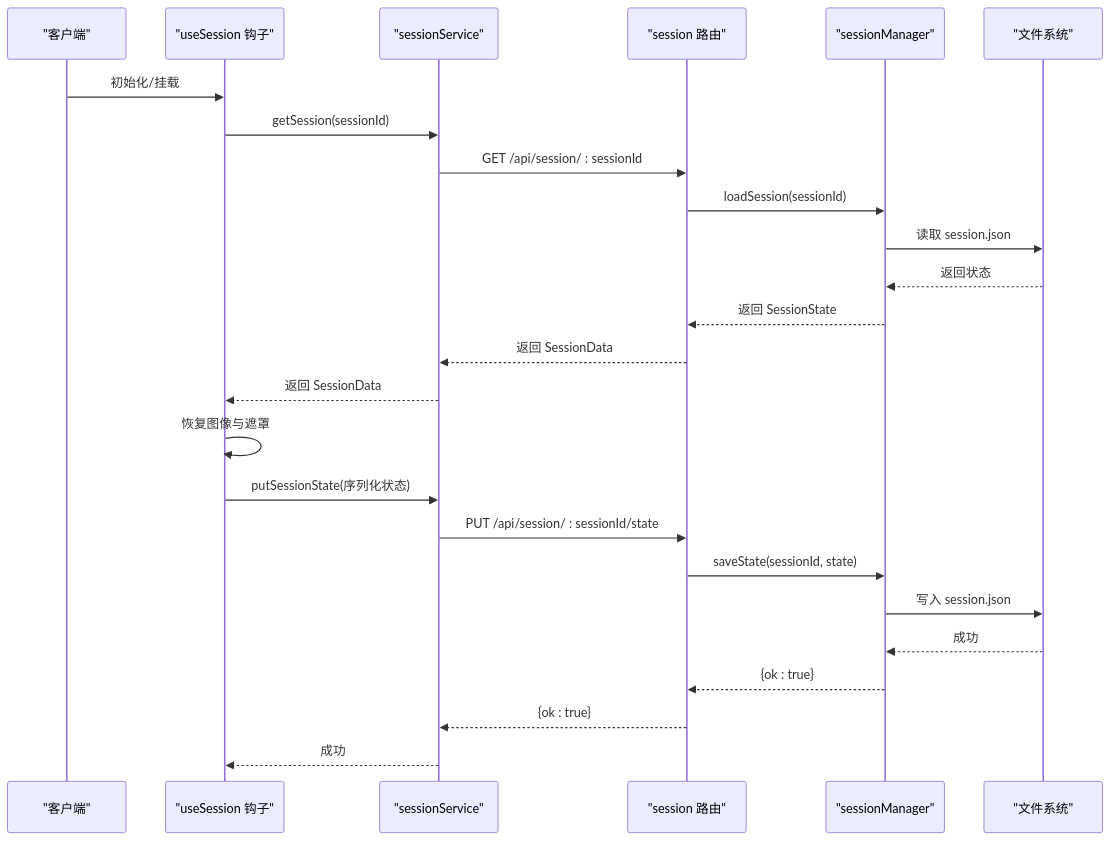
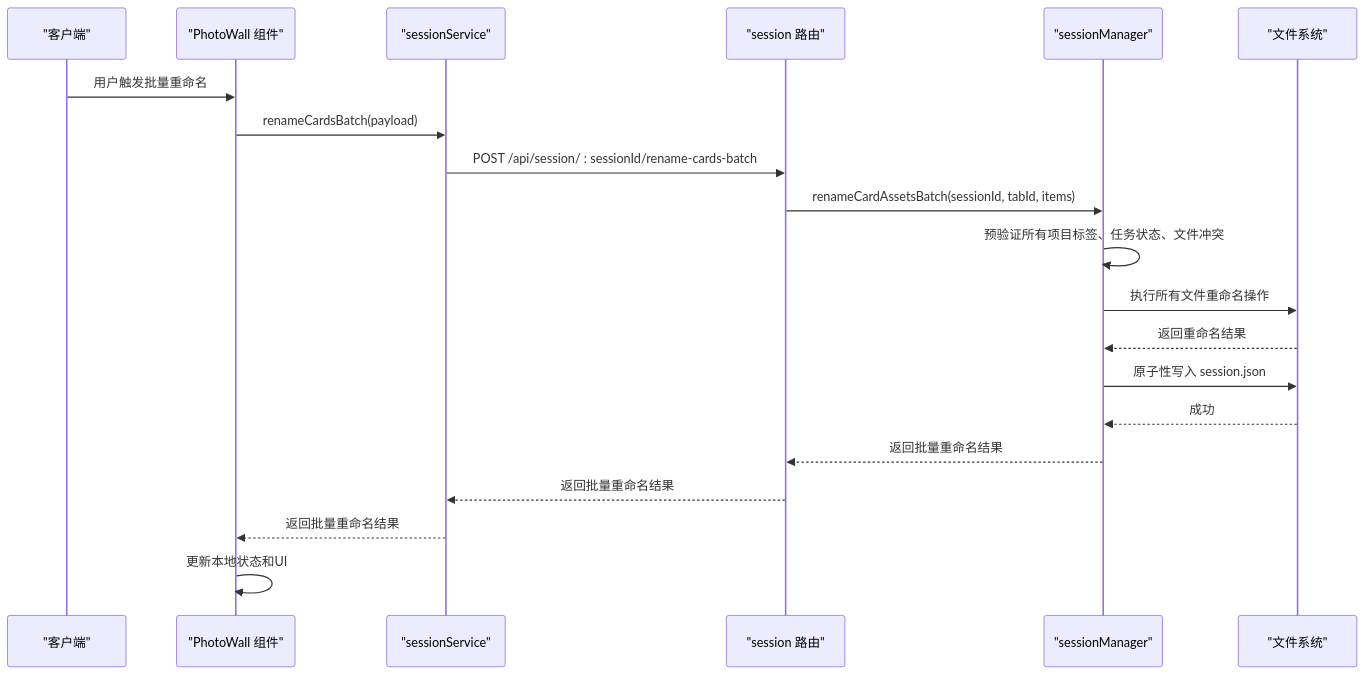
One commit to billye220670/CorineKit_Pix2Real changed the second of 5 diagrams in .qoder/repowiki/zh/content/后端服务/会话管理服务.md. Above: the diagram before and after it, drawn with Mermaid. The commit also changed other lines of this file and 11 other files, not shown here.

````diff
--- a/.qoder/repowiki/zh/content/后端服务/会话管理服务.md
+++ b/.qoder/repowiki/zh/content/后端服务/会话管理服务.md
@@ -91,27 +104,22 @@
 ```mermaid
 sequenceDiagram
 participant C as "客户端"
-participant US as "useSession 钩子"
+participant PW as "PhotoWall 组件"
 participant SS as "sessionService"
 participant SR as "session 路由"
 participant SM as "sessionManager"
 participant FS as "文件系统"
-C->>US : 初始化/挂载
-US->>SS : getSession(sessionId)
-SS->>SR : GET /api/session/ : sessionId
-SR->>SM : loadSession(sessionId)
-SM->>FS : 读取 session.json
-FS-->>SM : 返回状态
-SM-->>SR : 返回 SessionState
-SR-->>SS : 返回 SessionData
-SS-->>US : 返回 SessionData
-US->>US : 恢复图像与遮罩
-US->>SS : putSessionState(序列化状态)
-SS->>SR : PUT /api/session/ : sessionId/state
-SR->>SM : saveState(sessionId, state)
-SM->>FS : 写入 session.json
+C->>PW : 用户触发批量重命名
+PW->>SS : renameCardsBatch(payload)
+SS->>SR : POST /api/session/ : sessionId/rename-cards-batch
+SR->>SM : renameCardAssetsBatch(sessionId, tabId, items)
+SM->>SM : 预验证所有项目标签、任务状态、文件冲突
+SM->>FS : 执行所有文件重命名操作
+FS-->>SM : 返回重命名结果
+SM->>FS : 原子性写入 session.json
 FS-->>SM : 成功
-SM-->>SR : {ok : true}
-SR-->>SS : {ok : true}
-SS-->>US : 成功
+SM-->>SR : 返回批量重命名结果
+SR-->>SS : 返回批量重命名结果
+SS-->>PW : 返回批量重命名结果
+PW->>PW : 更新本地状态和UI
 ```
````
